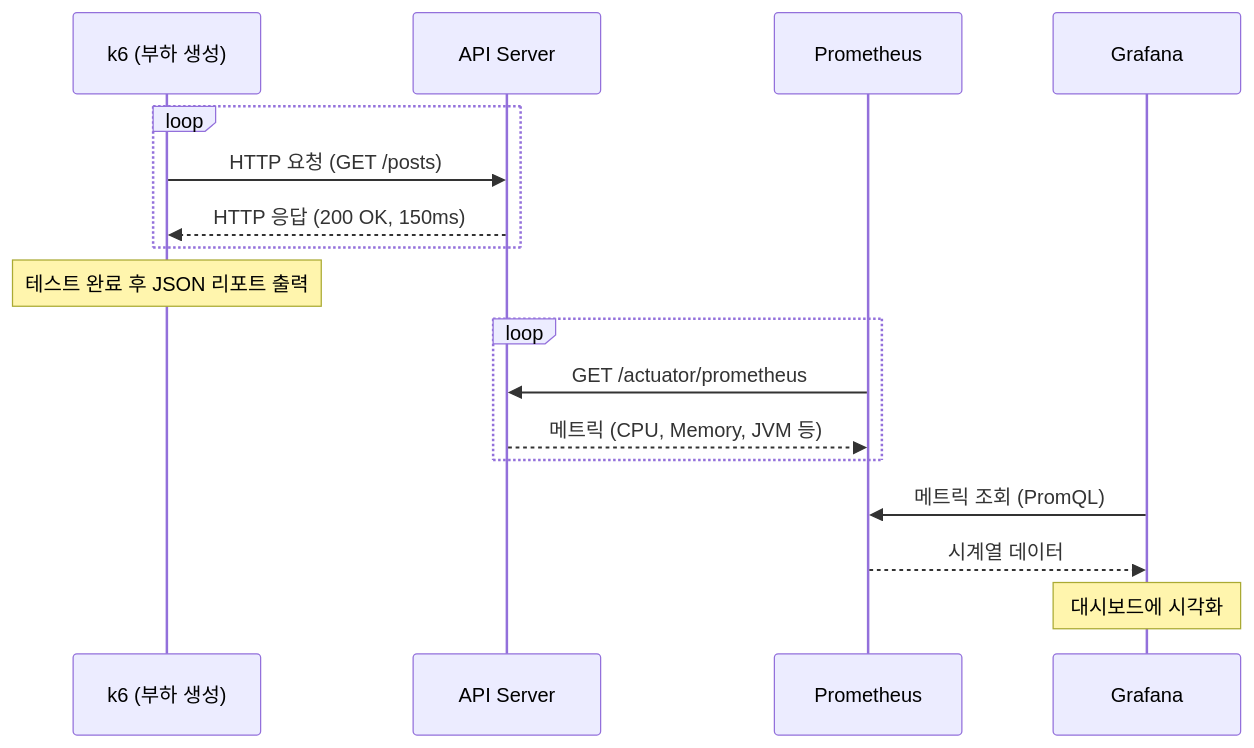
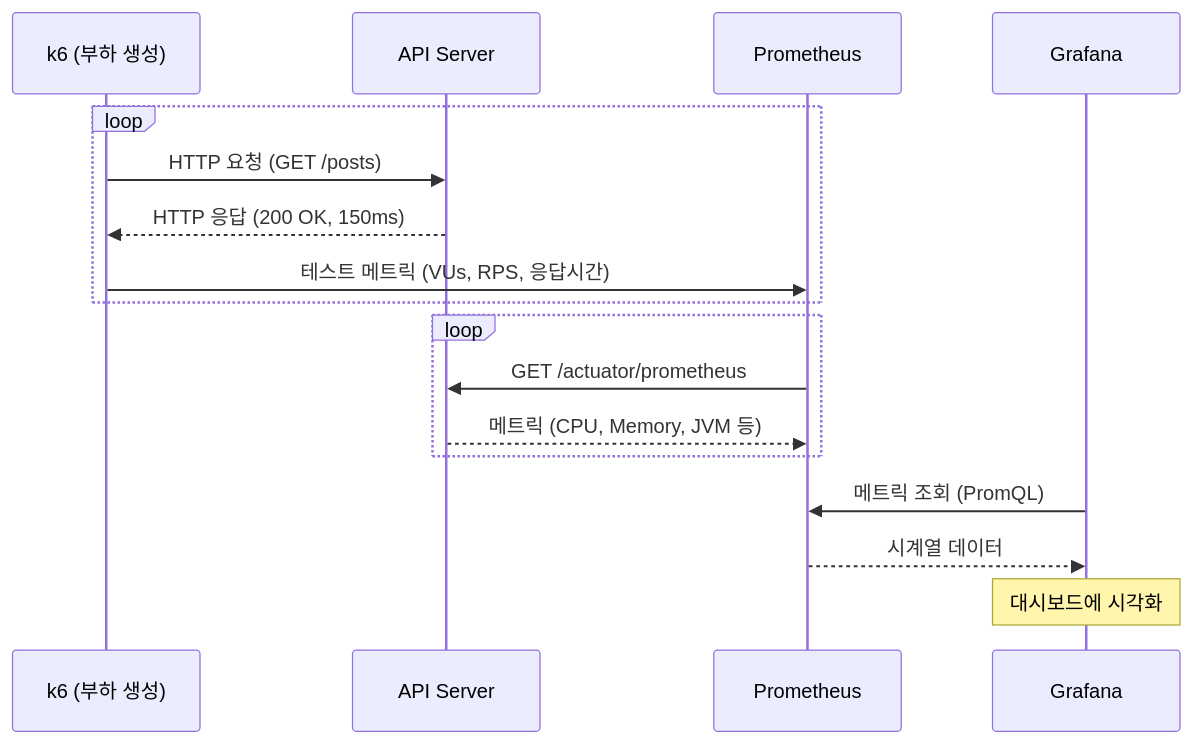
The second of 5 diagrams in README.md (BOB-BookBridge/BOB-perf), drawn with Mermaid before and after one commit. The commit also changed other lines of this file and 4 other files, not shown here.

````diff
--- a/README.md
+++ b/README.md
@@ -57,23 +58,22 @@
 ```mermaid
 sequenceDiagram
     participant K as k6 (부하 생성)
     participant A as API Server
     participant P as Prometheus
     participant G as Grafana
 
     loop
         K->>A: HTTP 요청 (GET /posts)
         A-->>K: HTTP 응답 (200 OK, 150ms)
+        K->>P: 테스트 메트릭 (VUs, RPS, 응답시간)
     end
-
-    Note over K: 테스트 완료 후 JSON 리포트 출력
 
     loop
         P->>A: GET /actuator/prometheus
         A-->>P: 메트릭 (CPU, Memory, JVM 등)
     end
 
     G->>P: 메트릭 조회 (PromQL)
     P-->>G: 시계열 데이터
     Note over G: 대시보드에 시각화
 ```
````
